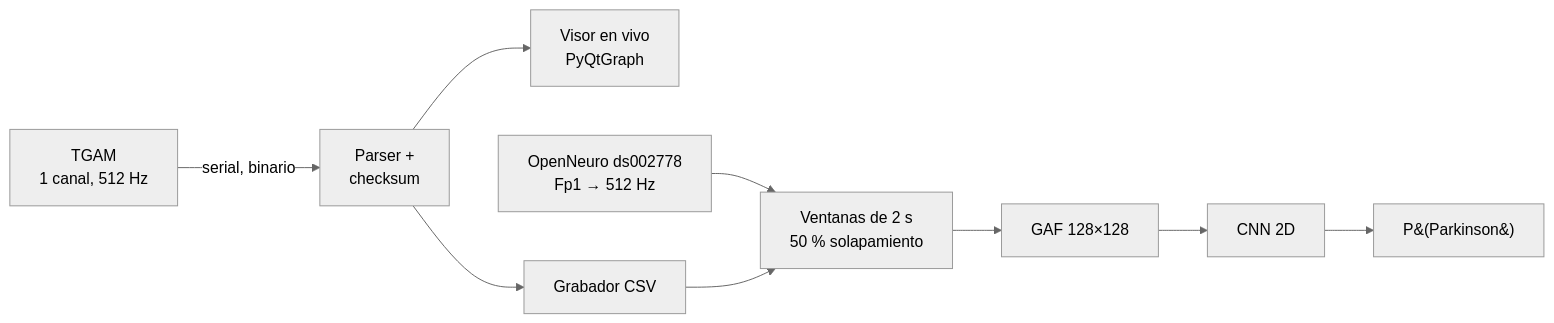
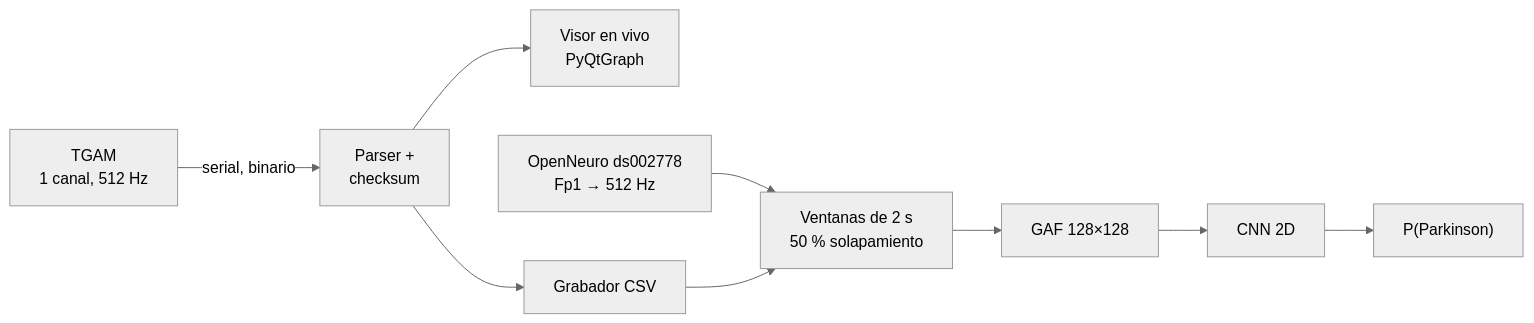
The diagram in README.es.md (AdolfoHMtz/parkinson-eeg-tgam), drawn with Mermaid (neutral theme) before and after one commit. The commit also changed 1 other file, not shown here.

Commit message:
Corrige diagrama Mermaid del README (etiqueta con parentesis)

````diff
--- a/README.es.md
+++ b/README.es.md
@@ -33,11 +33,11 @@
 ```mermaid
 flowchart LR
     A[TGAM<br/>1 canal, 512 Hz] -->|serial, binario| B[Parser +<br/>checksum]
     B --> C[Visor en vivo<br/>PyQtGraph]
     B --> D[Grabador CSV]
     E[OpenNeuro ds002778<br/>Fp1 → 512 Hz] --> F
     D --> F[Ventanas de 2 s<br/>50 % solapamiento]
     F --> G[GAF 128×128]
     G --> H[CNN 2D]
-    H --> I[P&#40;Parkinson&#41;]
+    H --> I["P(Parkinson)"]
 ```
````
